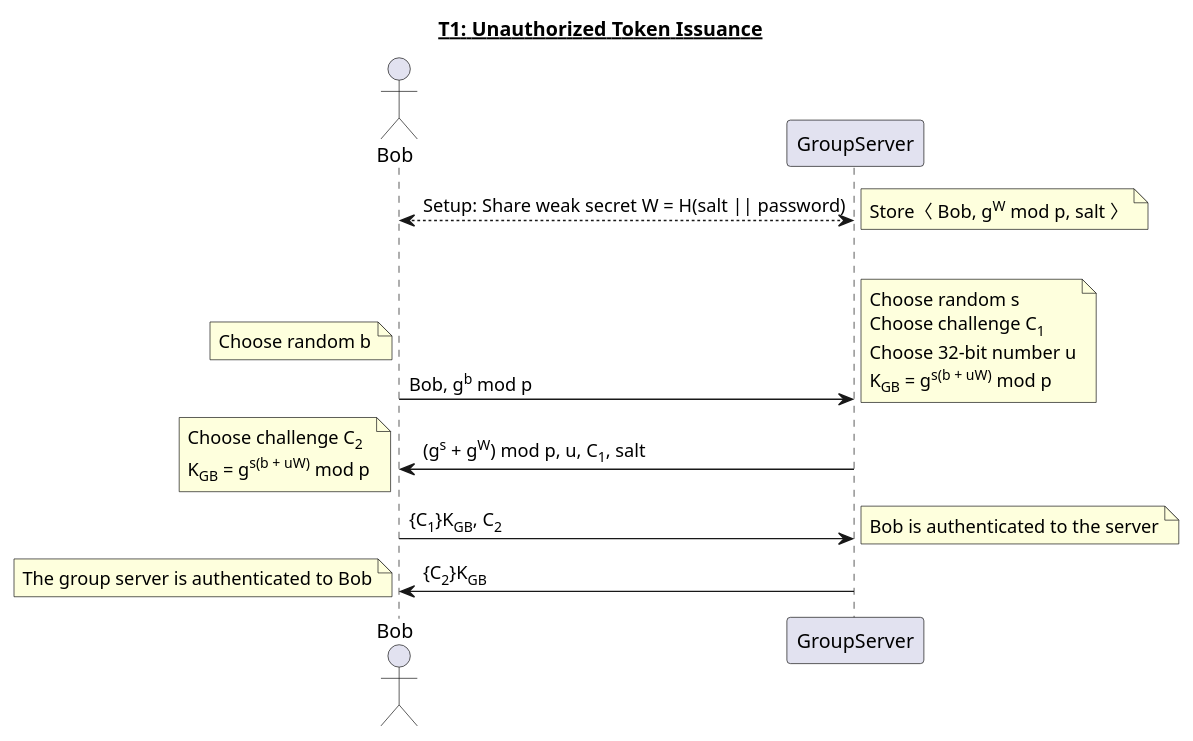
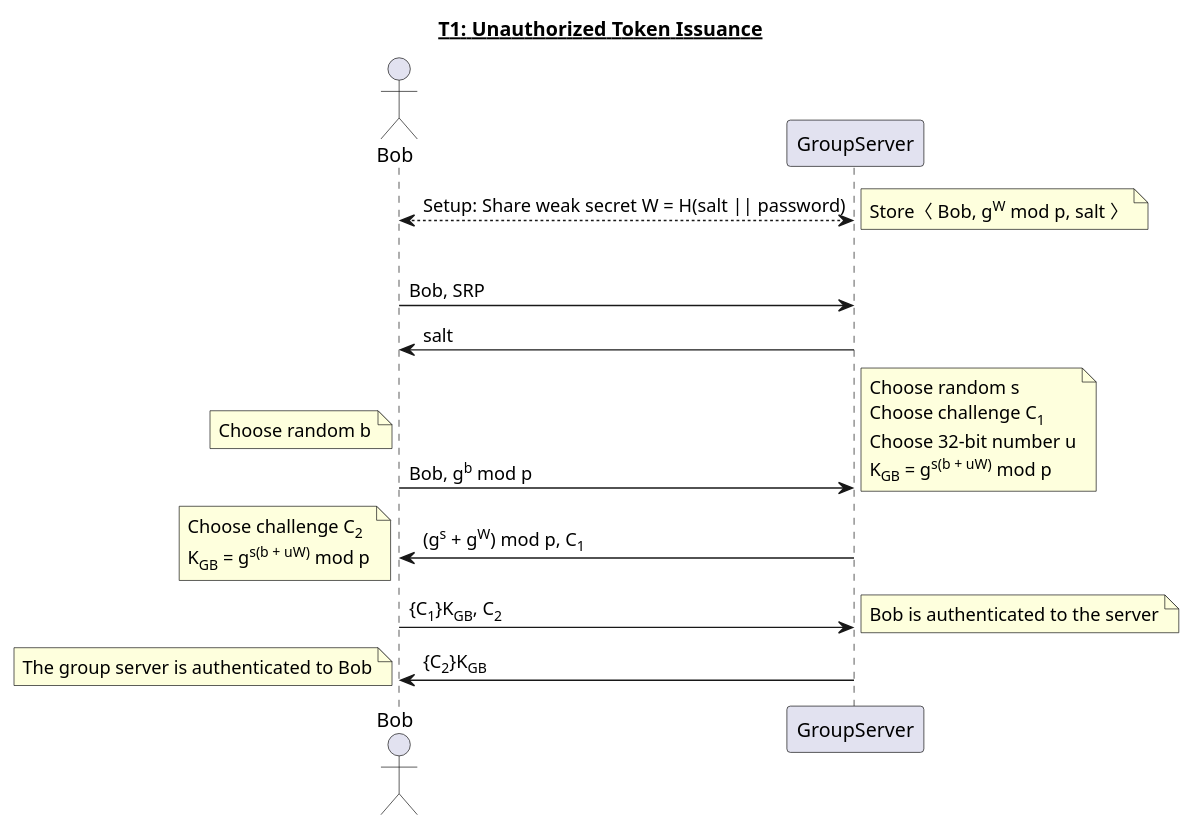
The diagram in reports/img/T1.puml (jondyer/cs1653-2017fa-jbd29-mar257-zds14), drawn with PlantUML before and after one commit. The commit also changed 2 other files, not shown here.

```diff
--- a/reports/img/T1.puml
+++ b/reports/img/T1.puml
@@ -1,26 +1,28 @@
 @startuml
 title __T1: Unauthorized Token Issuance__
 actor Bob
 
 Bob <--> GroupServer: Setup: Share weak secret W = H(salt || password)
 note right: Store〈 Bob, g<sup>W</sup> mod p, salt 〉
 |||
+Bob -> GroupServer: Bob, SRP
+GroupServer -> Bob: salt
 Bob -> GroupServer: Bob, g<sup>b</sup> mod p 
 note left: Choose random b
 note right
 	Choose random s
 	Choose challenge C<sub>1</sub>
 	Choose 32-bit number u
 	K<sub>GB</sub> = g<sup>s(b + uW)</sup> mod p
 end note
 
-GroupServer -> Bob: (g<sup>s</sup> + g<sup>W</sup>) mod p, u, C<sub>1</sub>, salt
+GroupServer -> Bob: (g<sup>s</sup> + g<sup>W</sup>) mod p, C<sub>1</sub>
 note left
 	Choose challenge C<sub>2</sub>
 	K<sub>GB</sub> = g<sup>s(b + uW)</sup> mod p
 end note
 Bob -> GroupServer: {C<sub>1</sub>}K<sub>GB</sub>, C<sub>2</sub>
 note right: Bob is authenticated to the server
 GroupServer -> Bob: {C<sub>2</sub>}K<sub>GB</sub>
 note left: The group server is authenticated to Bob
 @enduml
```
